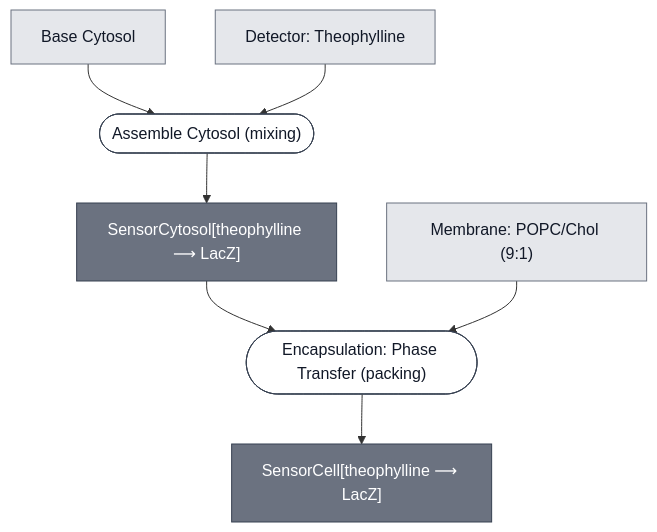
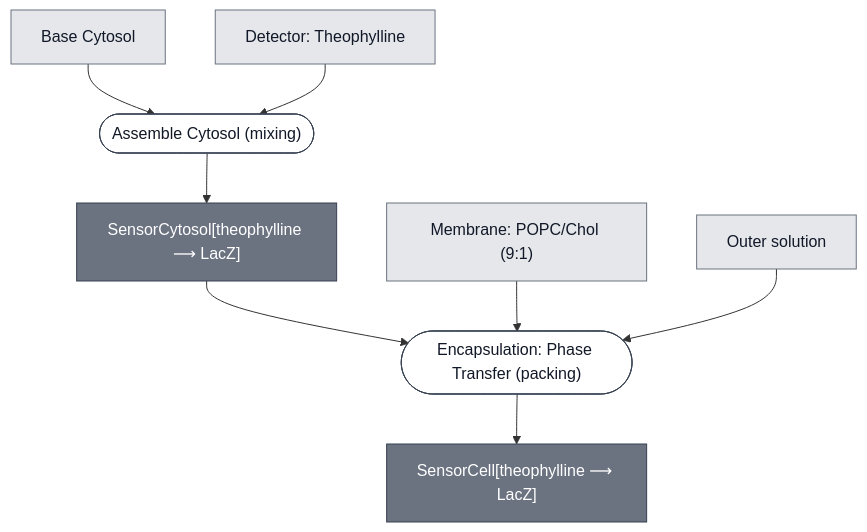
Before and after one commit to nucleus-eng/nucleus-docs: the diagram in docs/modules/theophylline-sensing-cell/spec.md, drawn with Mermaid. The commit also changed 41 other files, not shown here.

````diff
--- a/docs/modules/theophylline-sensing-cell/spec.md
+++ b/docs/modules/theophylline-sensing-cell/spec.md
@@ -29,35 +29,38 @@
 ```mermaid
 flowchart TD
+    OUTER_SOLUTION["Outer solution"]
     BASE_CYTOSOL["Base Cytosol"]
     DETECTOR_THEOPHYLLINE["Detector: Theophylline"]
     MEMBRANE_POPC_CHOL_9_1["Membrane: POPC/Chol (9:1)"]
 
     P1_ASSEMBLE_CYTOSOL_0(["Assemble Cytosol (mixing)"])
     THEOPHYLLINE_SENSOR_CYTOSOL["SensorCytosol[theophylline ⟶ LacZ]"]
     P2_ENCAPSULATE_0(["Encapsulation: Phase Transfer (packing)"])
     THEOPHYLLINE_SENSING_CELL["SensorCell[theophylline ⟶ LacZ]"]
 
     BASE_CYTOSOL --> P1_ASSEMBLE_CYTOSOL_0
     DETECTOR_THEOPHYLLINE --> P1_ASSEMBLE_CYTOSOL_0
     P1_ASSEMBLE_CYTOSOL_0 --> THEOPHYLLINE_SENSOR_CYTOSOL
 
     THEOPHYLLINE_SENSOR_CYTOSOL --> P2_ENCAPSULATE_0
     MEMBRANE_POPC_CHOL_9_1 --> P2_ENCAPSULATE_0
+    OUTER_SOLUTION --> P2_ENCAPSULATE_0
     P2_ENCAPSULATE_0 --> THEOPHYLLINE_SENSING_CELL
 
 
     classDef leaf     fill:#e5e7eb,stroke:#6b7280,color:#111827;
     classDef composed fill:#6b7280,stroke:#374151,color:#ffffff;
     classDef process  fill:#ffffff,stroke:#374151,color:#111827;
-    class BASE_CYTOSOL,DETECTOR_THEOPHYLLINE,MEMBRANE_POPC_CHOL_9_1 leaf;
+    class OUTER_SOLUTION,BASE_CYTOSOL,DETECTOR_THEOPHYLLINE,MEMBRANE_POPC_CHOL_9_1 leaf;
     class THEOPHYLLINE_SENSOR_CYTOSOL,THEOPHYLLINE_SENSING_CELL composed;
     class P1_ASSEMBLE_CYTOSOL_0,P2_ENCAPSULATE_0 process;
 
+    click OUTER_SOLUTION "/docs/modules/outer-solution/spec"
     click BASE_CYTOSOL "/docs/modules/base-cytosol/spec"
     click DETECTOR_THEOPHYLLINE "/docs/modules/detector-theophylline/spec"
     click MEMBRANE_POPC_CHOL_9_1 "/docs/modules/membrane-popc-chol-9-1/spec"
     click P1_ASSEMBLE_CYTOSOL_0 "/docs/processes/assemble-cytosol/assemble-cytosol-main"
     click THEOPHYLLINE_SENSOR_CYTOSOL "/docs/modules/theophylline-sensor-cytosol/spec"
     click P2_ENCAPSULATE_0 "/docs/processes/assemble-base-cell/main"
     click THEOPHYLLINE_SENSING_CELL "/docs/modules/theophylline-sensing-cell/spec"
 ```
````
